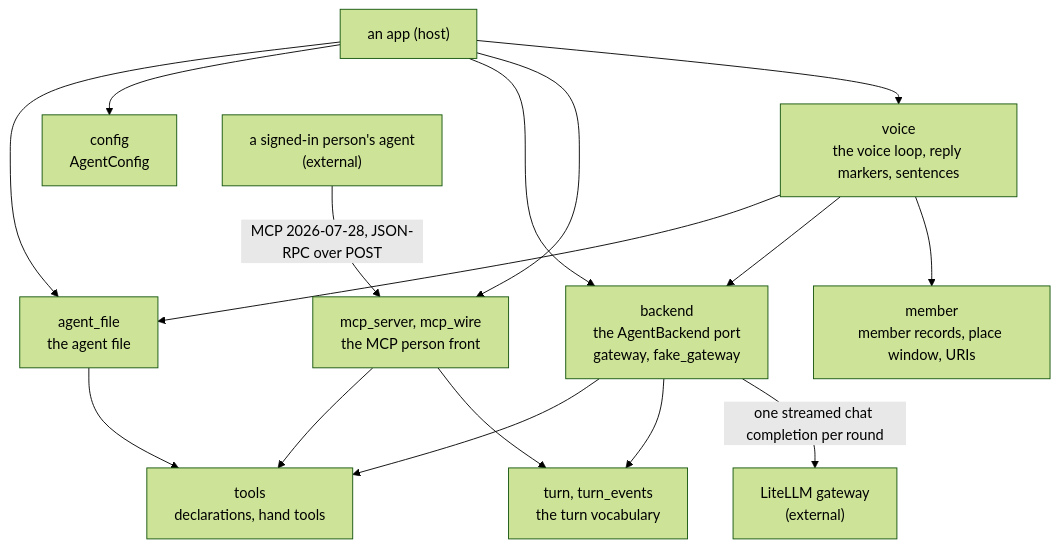
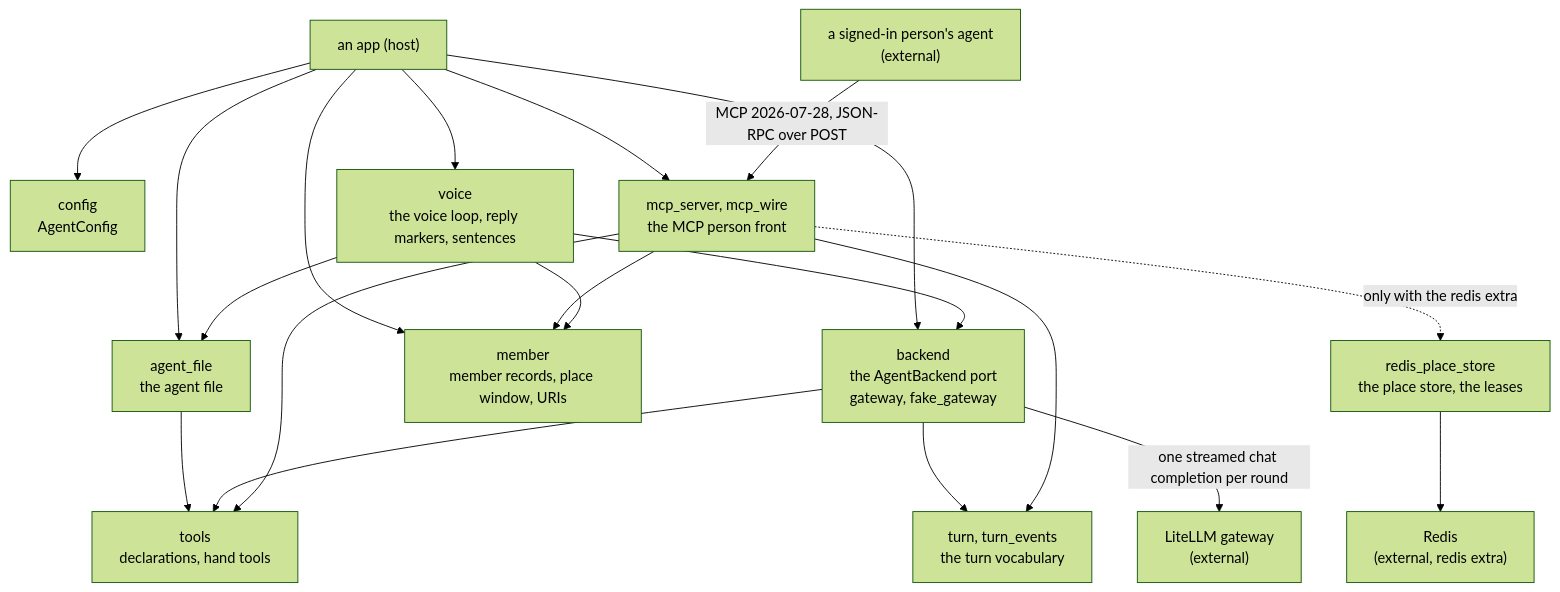
The diagram in docs/ARCHITECTURE.md (overnightworks/agents), drawn with Mermaid (forest theme) before and after one commit. The commit also changed other lines of this file and 5 other files, not shown here.

````diff
--- a/docs/ARCHITECTURE.md
+++ b/docs/ARCHITECTURE.md
@@ -14,30 +15,36 @@
 ```mermaid
 flowchart TB
     app["an app (host)"]
     agent_file["agent_file<br/>the agent file"]
     tools["tools<br/>declarations, hand tools"]
     config["config<br/>AgentConfig"]
     backend["backend<br/>the AgentBackend port<br/>gateway, fake_gateway"]
     turn["turn, turn_events<br/>the turn vocabulary"]
     mcp["mcp_server, mcp_wire<br/>the MCP person front"]
     member["member<br/>member records, place window, URIs"]
     voice["voice<br/>the voice loop, reply markers, sentences"]
+    place_store["redis_place_store<br/>the place store, the leases"]
     gateway["LiteLLM gateway<br/>(external)"]
+    redis["Redis<br/>(external, redis extra)"]
     person["a signed-in person's agent<br/>(external)"]
 
     app --> agent_file
     app --> config
     app --> backend
     app --> mcp
+    app --> member
     app --> voice
     agent_file --> tools
     backend --> tools
     backend --> turn
     mcp --> tools
     mcp --> turn
+    mcp --> member
+    mcp -.->|"only with the redis extra"| place_store
+    place_store --> redis
     voice --> agent_file
     voice --> backend
     voice --> member
     backend -->|"one streamed chat completion per round"| gateway
     person -->|"MCP 2026-07-28, JSON-RPC over POST"| mcp
 ```
````
